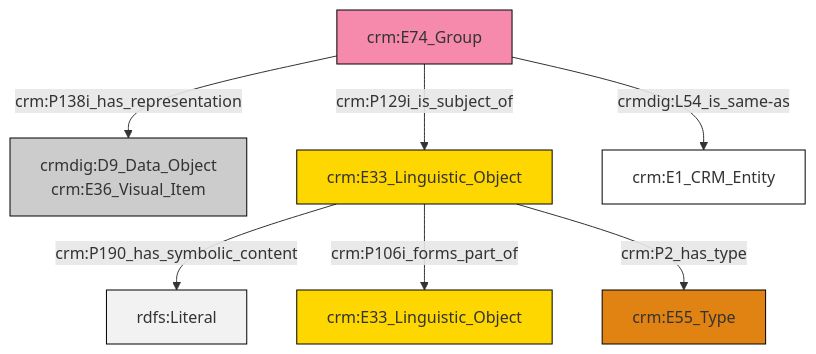
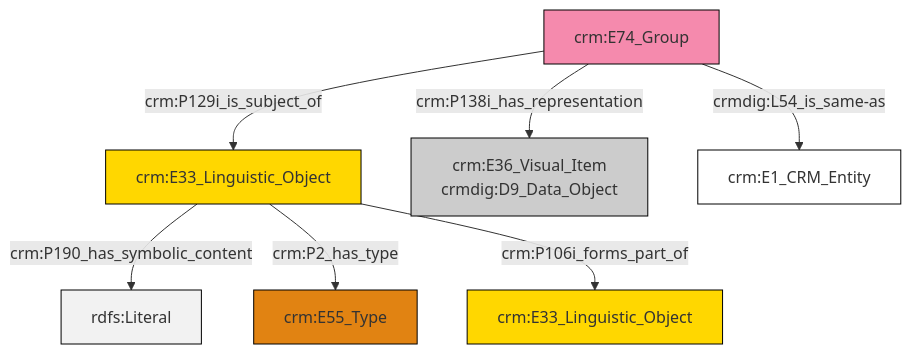
Before and after one commit to swiss-art-research-net/reference-data-models: the diagram in et/groupCSV/ttl/mmd/group_documentation.ttl.mmd, drawn with Mermaid. The commit also changed 127 other files, not shown here.

```diff
--- a/et/groupCSV/ttl/mmd/group_documentation.ttl.mmd
+++ b/et/groupCSV/ttl/mmd/group_documentation.ttl.mmd
@@ -1,21 +1,21 @@
 graph TD
 classDef Literal fill:#f2f2f2,stroke:#000000;
 classDef CRM_Entity fill:#FFFFFF,stroke:#000000;
 classDef Temporal_Entity fill:#00C9E6, stroke:#000000;
 classDef Type fill:#E18312, stroke:#000000;
 classDef Time-Span fill:#2C9C91, stroke:#000000;
 classDef Appellation fill:#FFEB7F, stroke:#000000;
 classDef Place fill:#008836, stroke:#000000;
 classDef Persistent_Item fill:#B266B2, stroke:#000000;
 classDef Conceptual_Object fill:#FFD700, stroke:#000000;
 classDef Physical_Thing fill:#D2B48C, stroke:#000000;
 classDef Actor fill:#f58aad, stroke:#000000;
 classDef PC_Classes fill:#4ce600, stroke:#000000;
 classDef Multi fill:#cccccc,stroke:#000000;
 
-0["crm:E74_Group"]:::Actor -->|crm:P138i_has_representation| 2["crmdig:D9_Data_Object<br>crm:E36_Visual_Item"]:::Multi
-0["crm:E74_Group"]:::Actor -->|crm:P129i_is_subject_of| 8["crm:E33_Linguistic_Object"]:::Conceptual_Object
-8["crm:E33_Linguistic_Object"]:::Conceptual_Object -->|crm:P190_has_symbolic_content| 10[rdfs:Literal]:::Literal
-0["crm:E74_Group"]:::Actor -->|crmdig:L54_is_same-as| 11["crm:E1_CRM_Entity"]:::CRM_Entity
-8["crm:E33_Linguistic_Object"]:::Conceptual_Object -->|crm:P106i_forms_part_of| 4["crm:E33_Linguistic_Object"]:::Conceptual_Object
-8["crm:E33_Linguistic_Object"]:::Conceptual_Object -->|crm:P2_has_type| 6["crm:E55_Type"]:::Type
+0["crm:E33_Linguistic_Object"]:::Conceptual_Object -->|crm:P190_has_symbolic_content| 1[rdfs:Literal]:::Literal
+0["crm:E33_Linguistic_Object"]:::Conceptual_Object -->|crm:P2_has_type| 4["crm:E55_Type"]:::Type
+0["crm:E33_Linguistic_Object"]:::Conceptual_Object -->|crm:P106i_forms_part_of| 6["crm:E33_Linguistic_Object"]:::Conceptual_Object
+10["crm:E74_Group"]:::Actor -->|crmdig:L54_is_same-as| 8["crm:E1_CRM_Entity"]:::CRM_Entity
+10["crm:E74_Group"]:::Actor -->|crm:P129i_is_subject_of| 0["crm:E33_Linguistic_Object"]:::Conceptual_Object
+10["crm:E74_Group"]:::Actor -->|crm:P138i_has_representation| 2["crm:E36_Visual_Item<br>crmdig:D9_Data_Object"]:::Multi
```
